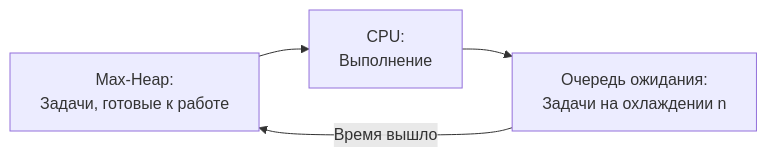
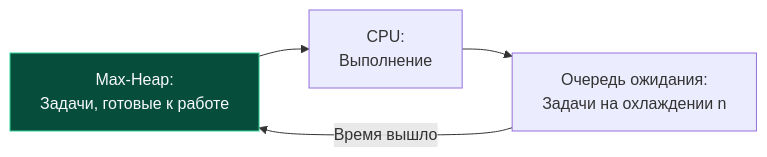
Before and after one commit to UnrealTemplier/go-textbook: the diagram in sources/21. Задачи с LeetCode и собеседований на Go/02. Задачи/16. Кучи и Top K/7. Task Scheduler.md, drawn with Mermaid. The commit also changed 1666 other files, not shown here.

First line of the commit message:
feat(mermaid): add semantic color classDef to 1369 colorless flowchart/graph diagrams

````diff
--- a/sources/21. Задачи с LeetCode и собеседований на Go/02. Задачи/16. Кучи и Top K/7. Task Scheduler.md
+++ b/sources/21. Задачи с LeetCode и собеседований на Go/02. Задачи/16. Кучи и Top K/7. Task Scheduler.md
@@ -31,6 +31,16 @@
 ```mermaid
 graph LR
-    A["Max-Heap:<br>Задачи, готовые к работе"] --> B["CPU:<br>Выполнение"]
+    classDef process  fill:#1e293b,stroke:#38bdf8,stroke-width:1px,color:#f8fafc
+    classDef success  fill:#064e3b,stroke:#34d399,stroke-width:1px,color:#f8fafc
+    classDef error    fill:#7f1d1d,stroke:#f87171,stroke-width:1px,color:#f8fafc
+    classDef warning  fill:#78350f,stroke:#fbbf24,stroke-width:1px,color:#f8fafc
+    classDef entry    fill:#1e3a5f,stroke:#38bdf8,stroke-width:2px,color:#f8fafc
+    classDef aux      fill:#334155,stroke:#64748b,stroke-width:1px,color:#f8fafc
+    classDef system   fill:#312e81,stroke:#a78bfa,stroke-width:1px,color:#f8fafc
+    classDef data     fill:#132d29,stroke:#2dd4bf,stroke-width:1px,color:#f8fafc
+    classDef network  fill:#881337,stroke:#fb7185,stroke-width:1px,color:#f8fafc
+    classDef accent   fill:#1e1b4b,stroke:#818cf8,stroke-width:1px,color:#f8fafc
+    A["Max-Heap:<br>Задачи, готовые к работе"]:::success --> B["CPU:<br>Выполнение"]
     B --> C["Очередь ожидания:<br>Задачи на охлаждении n"]
     C -->|"Время вышло"| A
 ```
````
